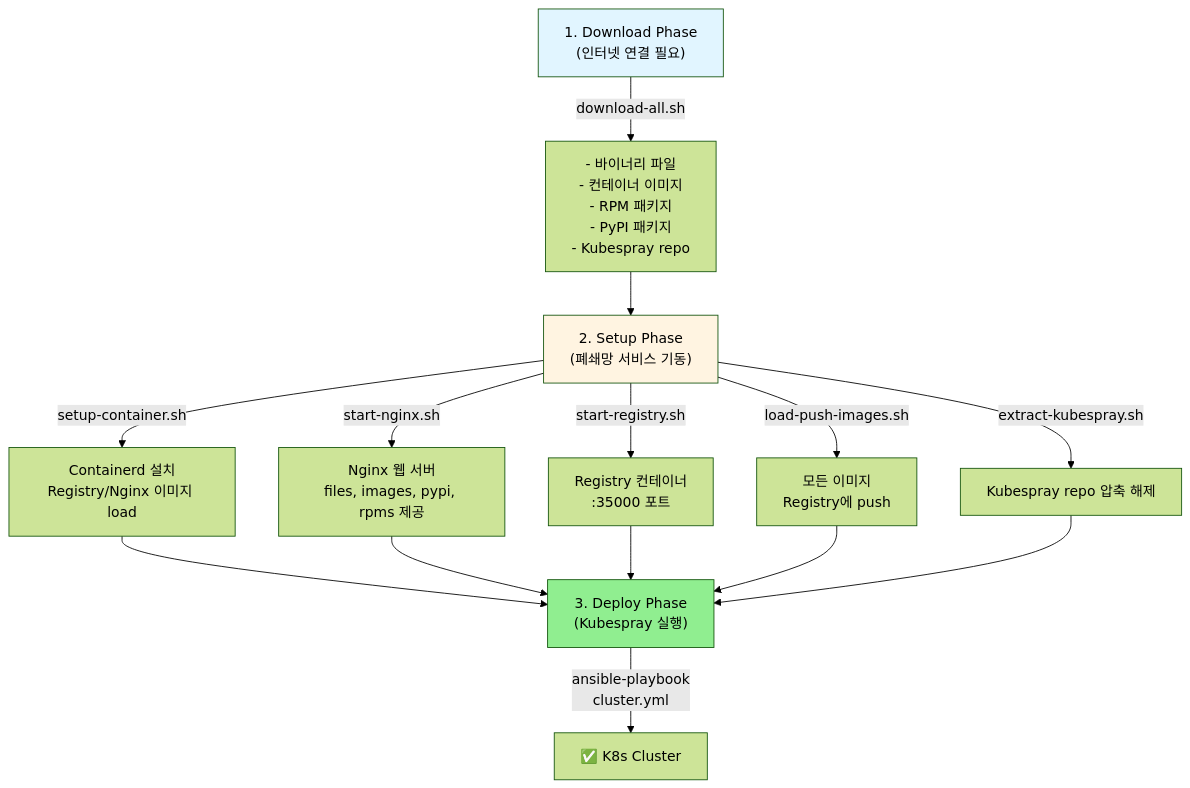
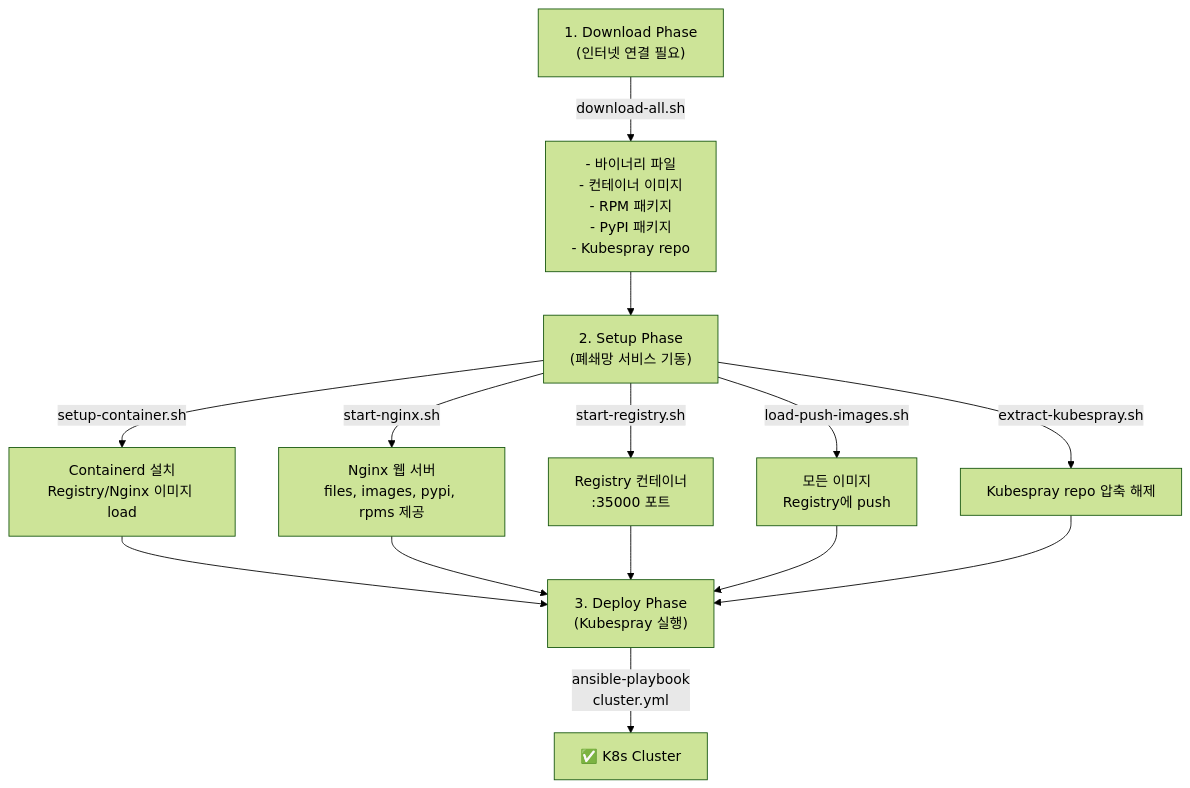
Before and after one commit to juwon8891/juwon8891.github.io: the fifth of 8 diagrams in docs/k8s-deploy/week6-kubespray-offline.md, drawn with Mermaid (forest theme). The commit also changed other lines of this file and 18 other files, not shown here.

Commit message:
Remove bright colors from Mermaid diagrams for dark mode compatibility

````diff
--- a/docs/k8s-deploy/week6-kubespray-offline.md
+++ b/docs/k8s-deploy/week6-kubespray-offline.md
@@ -615,28 +604,25 @@
 ```mermaid
 graph TB
     Download["1. Download Phase<br/>(인터넷 연결 필요)"]
     Setup["2. Setup Phase<br/>(폐쇄망 서비스 기동)"]
     Deploy["3. Deploy Phase<br/>(Kubespray 실행)"]
 
     Download -->|"download-all.sh"| Files["- 바이너리 파일<br/>- 컨테이너 이미지<br/>- RPM 패키지<br/>- PyPI 패키지<br/>- Kubespray repo"]
 
     Files --> Setup
 
     Setup -->|"setup-container.sh"| Containerd["Containerd 설치<br/>Registry/Nginx 이미지 load"]
     Setup -->|"start-nginx.sh"| Nginx["Nginx 웹 서버<br/>files, images, pypi, rpms 제공"]
     Setup -->|"start-registry.sh"| Registry["Registry 컨테이너<br/>:35000 포트"]
     Setup -->|"load-push-images.sh"| PushImages["모든 이미지<br/>Registry에 push"]
     Setup -->|"extract-kubespray.sh"| Kubespray["Kubespray repo 압축 해제"]
 
     Containerd --> Deploy
     Nginx --> Deploy
     Registry --> Deploy
     PushImages --> Deploy
     Kubespray --> Deploy
 
     Deploy -->|"ansible-playbook<br/>cluster.yml"| K8sCluster["✅ K8s Cluster"]
 
-    style Download fill:#e1f5ff
-    style Setup fill:#fff4e1
-    style Deploy fill:#90EE90
 ```
````
